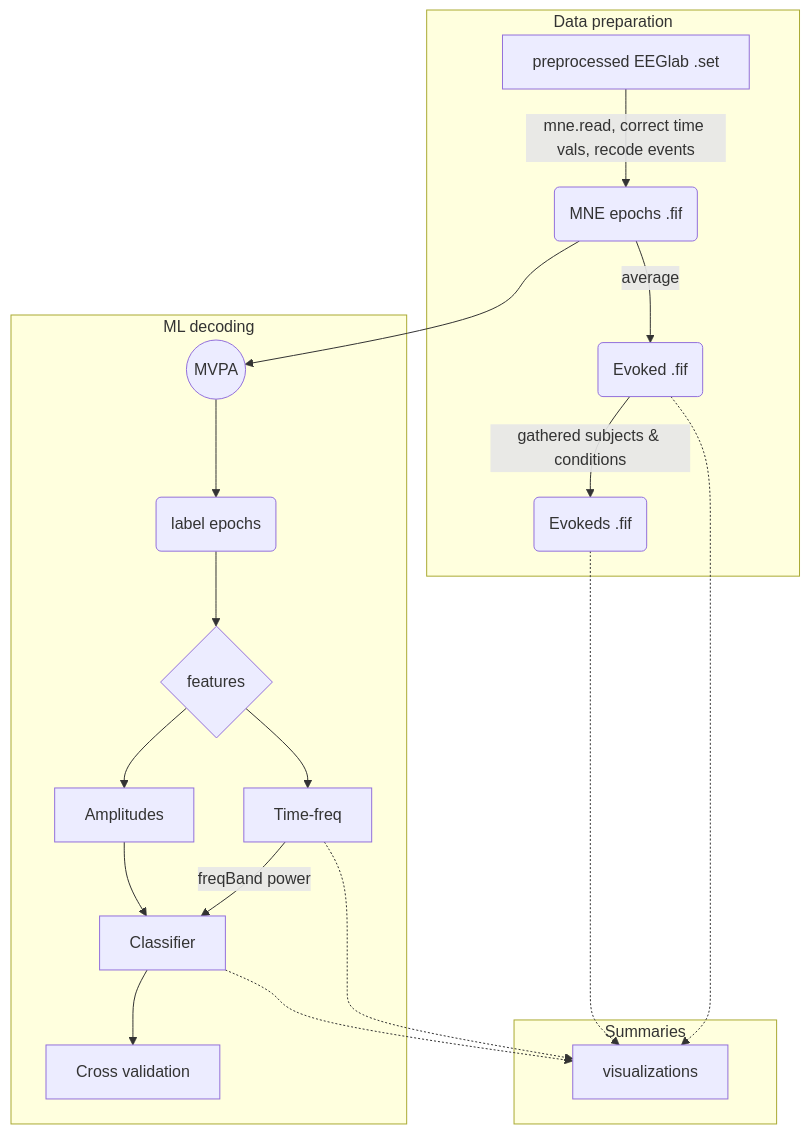
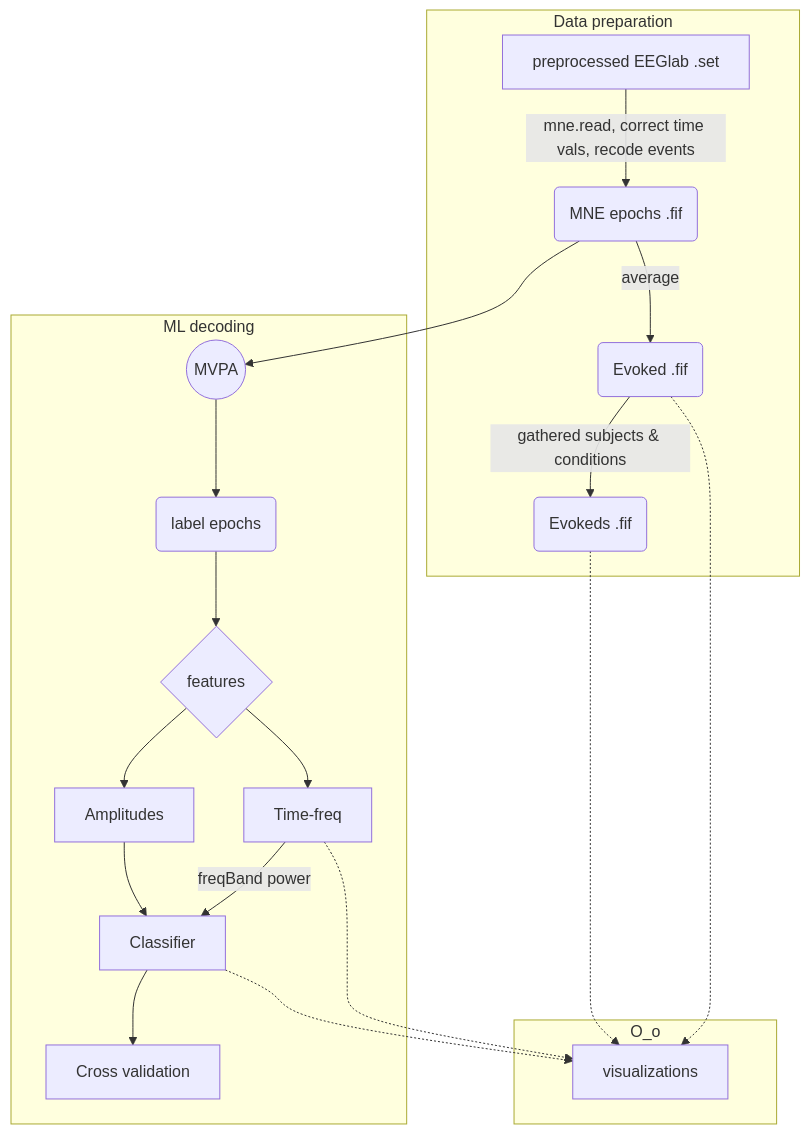
One commit to Neuroling/SPINCO_SINEEG changed the diagram in Projects/SINEEG/DiN/README.md. Above: the diagram before and after it, drawn with Mermaid.

````diff
--- a/Projects/SINEEG/DiN/README.md
+++ b/Projects/SINEEG/DiN/README.md
@@ -88,27 +88,27 @@
 ```mermaid
 flowchart TB
     subgraph Data preparation  
     
     A[preprocessed EEGlab .set] -->| mne.read, correct time vals, recode events| B(MNE epochs .fif)
     B --> |average|C(Evoked .fif)
     C -->|gathered subjects & conditions| D(Evokeds .fif)
     end
-    subgraph Summaries
+    subgraph O_o
     C .-> V[visualizations]
     D .-> V[visualizations]
     end
 
     subgraph ML decoding
     B --> E((MVPA))
     E --> CO(label epochs)
     CO --> FEA{features}
     FEA --> TA[Amplitudes]
     FEA --> TF[Time-freq]
     TF --> |freqBand power|G[Classifier]
     TF .-> V
     G .-> V
     TA --> G
     G --> CV[Cross validation]
 
     end
 ```
````
